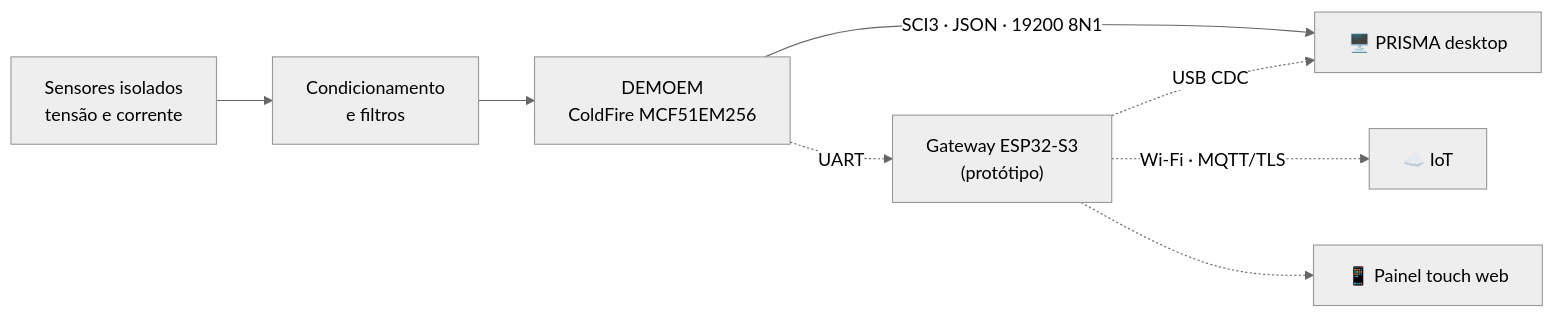
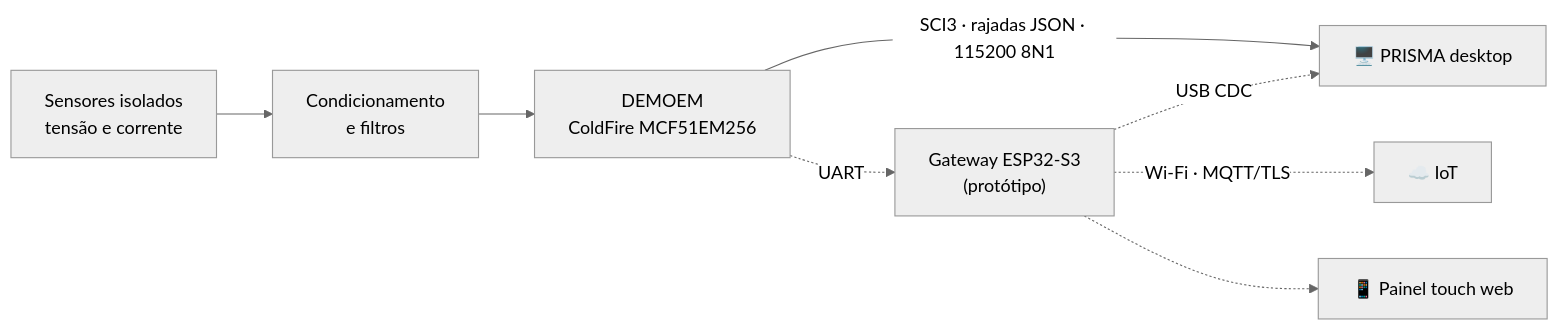
One commit to frahncky/PRISMA changed the diagram in README.md. Above: the diagram before and after it, drawn with Mermaid (neutral theme). The commit also changed other lines of this file and 11 other files, not shown here.

````diff
--- a/README.md
+++ b/README.md
@@ -90,10 +98,10 @@
 ```mermaid
 flowchart LR
     S["Sensores isolados<br/>tensão e corrente"] --> A["Condicionamento<br/>e filtros"]
     A --> B["DEMOEM<br/>ColdFire MCF51EM256"]
-    B -->|"SCI3 · JSON · 19200 8N1"| P["🖥️ PRISMA desktop"]
+    B -->|"SCI3 · rajadas JSON · 115200 8N1"| P["🖥️ PRISMA desktop"]
     B -.->|"UART"| G["Gateway ESP32-S3<br/>(protótipo)"]
     G -.->|"USB CDC"| P
     G -.->|"Wi-Fi · MQTT/TLS"| I["☁️ IoT"]
     G -.-> H["📱 Painel touch web"]
 ```
````
